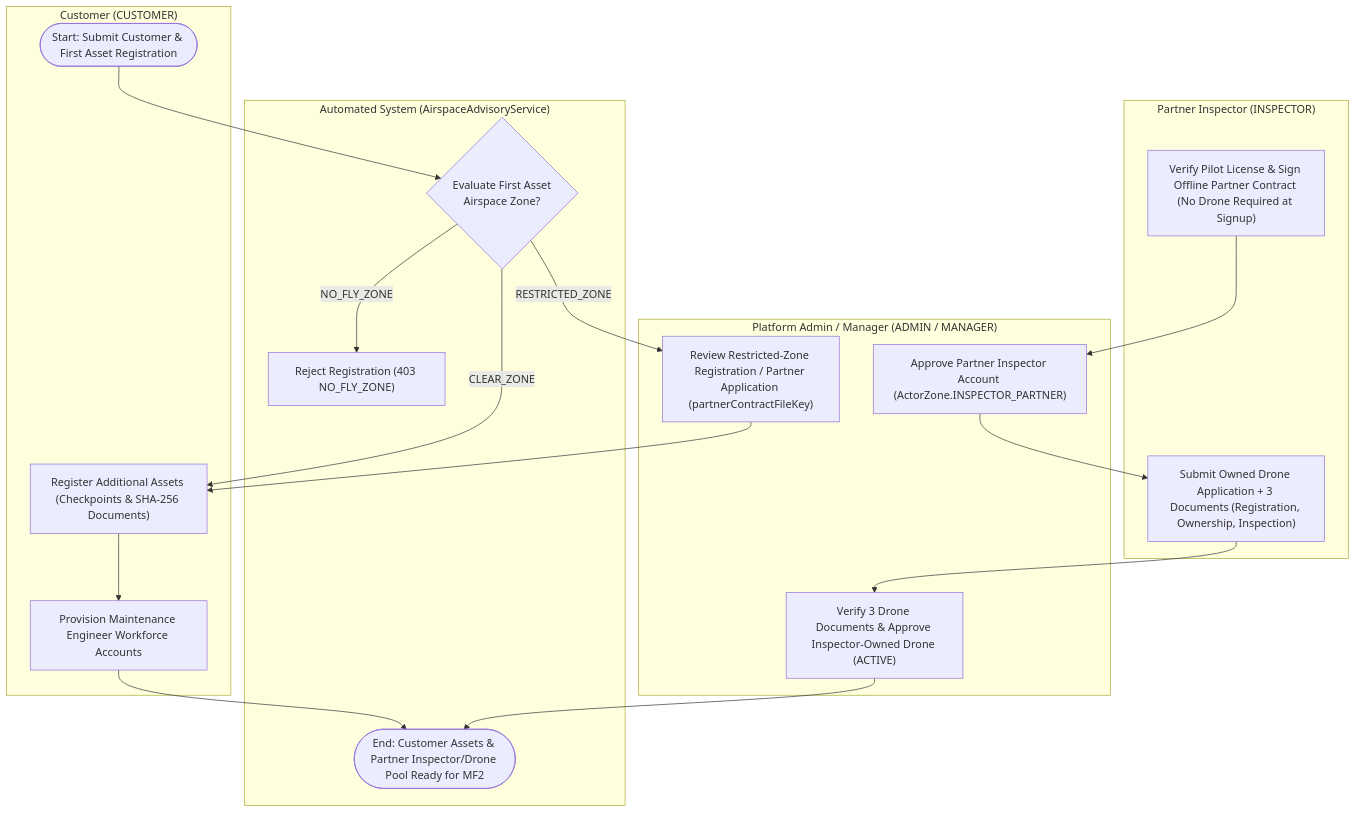
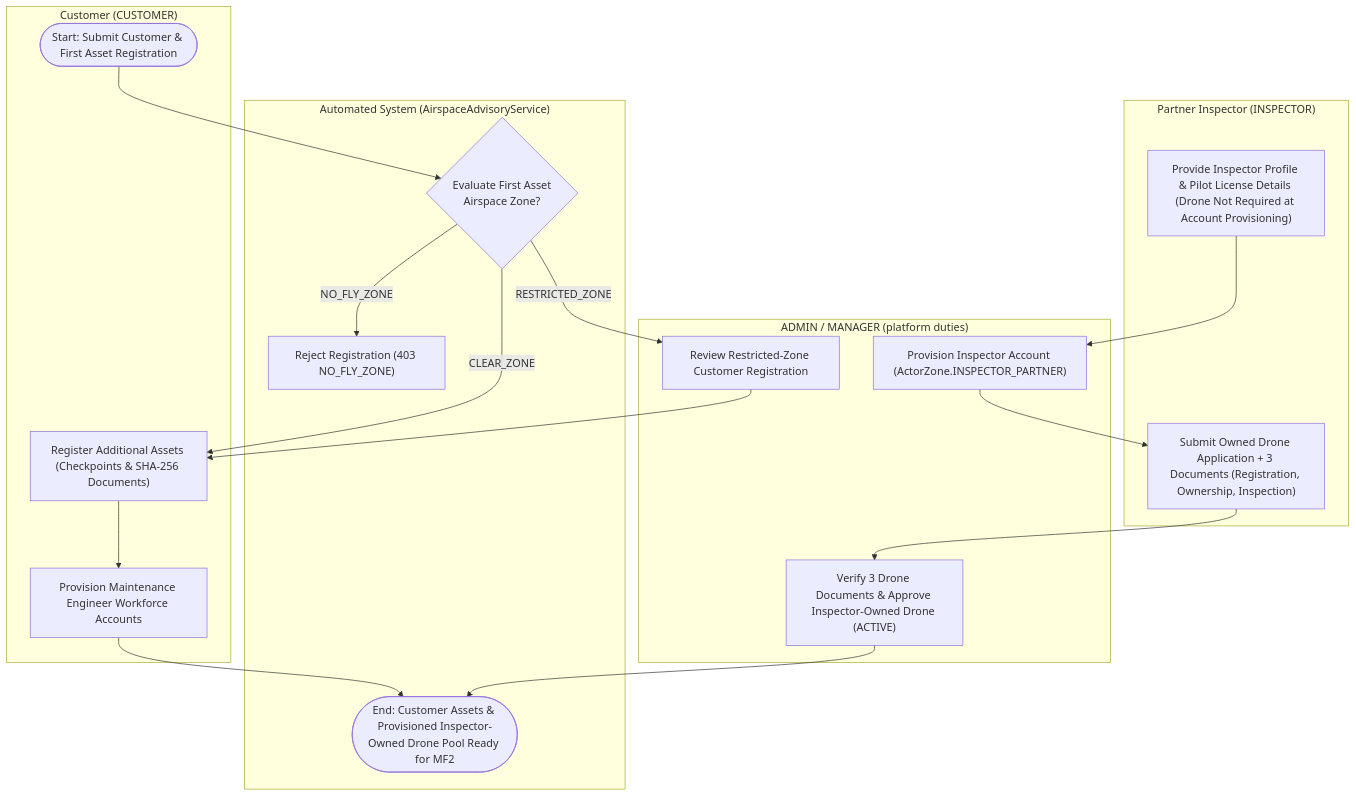
Before and after one commit to tungbach12/SmartDroneInspection-Docs: the sixth of 23 diagrams in reports/report-4-software-design-document/03-detailed-design.md, drawn with Mermaid. The commit also changed other lines of this file and 30 other files, not shown here.

````diff
--- a/reports/report-4-software-design-document/03-detailed-design.md
+++ b/reports/report-4-software-design-document/03-detailed-design.md
@@ -250,32 +310,32 @@
 ```mermaid
 %% title: WF-01 Activity Diagram - Customer Airspace and Partner Onboarding, Asset and Drone Registry
 flowchart TD
   subgraph CU1["Customer (CUSTOMER)"]
     A1(["Start: Submit Customer & First Asset Registration"])
     A5["Register Additional Assets (Checkpoints & SHA-256 Documents)"]
     A6["Provision Maintenance Engineer Workforce Accounts"]
   end
 
   subgraph IN1["Partner Inspector (INSPECTOR)"]
-    A7["Verify Pilot License & Sign Offline Partner Contract (No Drone Required at Signup)"]
+    A7["Provide Inspector Profile & Pilot License Details (Drone Not Required at Account Provisioning)"]
     A9["Submit Owned Drone Application + 3 Documents (Registration, Ownership, Inspection)"]
   end
 
-  subgraph ADM1["Platform Admin / Manager (ADMIN / MANAGER)"]
-    A3["Review Restricted-Zone Registration / Partner Application (partnerContractFileKey)"]
-    A8["Approve Partner Inspector Account (ActorZone.INSPECTOR_PARTNER)"]
+  subgraph ADM1["ADMIN / MANAGER (platform duties)"]
+    A3["Review Restricted-Zone Customer Registration"]
+    A8["Provision Inspector Account (ActorZone.INSPECTOR_PARTNER)"]
     A10["Verify 3 Drone Documents & Approve Inspector-Owned Drone (ACTIVE)"]
   end
 
   subgraph SYS1["Automated System (AirspaceAdvisoryService)"]
     A2{"Evaluate First Asset\nAirspace Zone?"}
     A4["Reject Registration (403 NO_FLY_ZONE)"]
-    A11(["End: Customer Assets & Partner Inspector/Drone Pool Ready for MF2"])
+    A11(["End: Customer Assets & Provisioned Inspector-Owned Drone Pool Ready for MF2"])
   end
 
   A1 --> A2
   A2 -->|"NO_FLY_ZONE"| A4
   A2 -->|"RESTRICTED_ZONE"| A3 --> A5
   A2 -->|"CLEAR_ZONE"| A5 --> A6 --> A11
   A7 --> A8 --> A9 --> A10 --> A11
 ```
````
